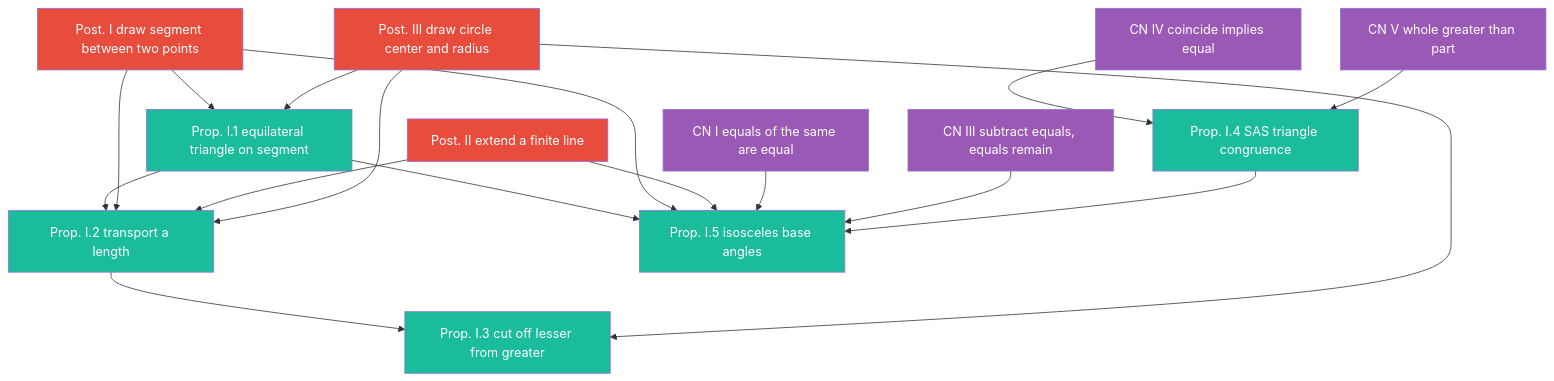
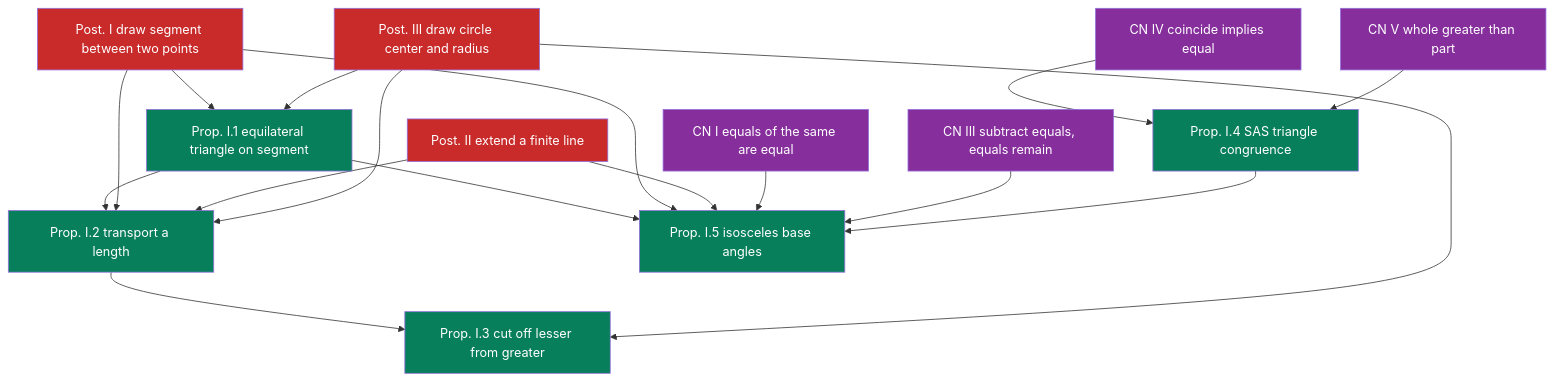
The second of 8 diagrams in collaborations/mathematics-database/algorithms-axiomatic-theories-proofs-revised.md (garywelz/progframe), drawn with Mermaid before and after one commit. The commit also changed other lines of this file and 13 other files, not shown here.

First line of the commit message:
Improve figure contrast and label size in math paper PDF

````diff
--- a/collaborations/mathematics-database/algorithms-axiomatic-theories-proofs-revised.md
+++ b/collaborations/mathematics-database/algorithms-axiomatic-theories-proofs-revised.md
@@ -163,37 +163,37 @@
 ```mermaid
 flowchart TD
     P1["Post. I draw segment between two points"]
     P2["Post. II extend a finite line"]
     P3["Post. III draw circle center and radius"]
     CN1["CN I equals of the same are equal"]
     CN3["CN III subtract equals, equals remain"]
     CN4["CN IV coincide implies equal"]
     CN5["CN V whole greater than part"]
     Prop1["Prop. I.1 equilateral triangle on segment"]
     Prop2["Prop. I.2 transport a length"]
     Prop3["Prop. I.3 cut off lesser from greater"]
     Prop4["Prop. I.4 SAS triangle congruence"]
     Prop5["Prop. I.5 isosceles base angles"]
     P1 --> Prop1
     P3 --> Prop1
     Prop1 --> Prop2
     P1 --> Prop2
     P2 --> Prop2
     P3 --> Prop2
     Prop2 --> Prop3
     P3 --> Prop3
     CN4 --> Prop4
     CN5 --> Prop4
     Prop1 --> Prop5
     P1 --> Prop5
     P2 --> Prop5
     CN1 --> Prop5
     CN3 --> Prop5
     Prop4 --> Prop5
-    classDef post fill:#e74c3c,color:#fff
-    classDef cn fill:#9b59b6,color:#fff
-    classDef pr fill:#1abc9c,color:#fff
+    classDef post fill:#c92a2a,color:#fff
+    classDef cn fill:#862e9c,color:#fff
+    classDef pr fill:#087f5b,color:#fff
     class P1,P2,P3 post
     class CN1,CN3,CN4,CN5 cn
     class Prop1,Prop2,Prop3,Prop4,Prop5 pr
 ```
````
